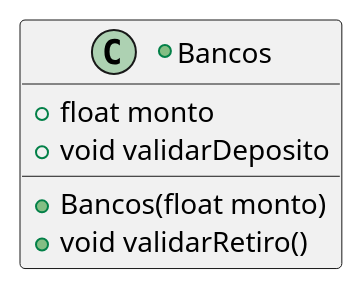
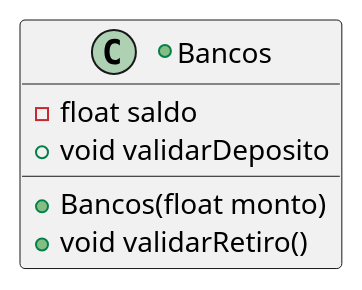
The diagram in ejercicio8/UMLej8.puml (santyxxx-xxx/deber5), drawn with PlantUML before and after one commit.

```diff
--- a/ejercicio8/UMLej8.puml
+++ b/ejercicio8/UMLej8.puml
@@ -1,11 +1,11 @@
 @startuml
 'https://plantuml.com/class-diagram
 
 +class Bancos{
-    +float monto
+    -float saldo
     +Bancos(float monto)
     +void validarDeposito
     +void validarRetiro()
 }
 
 @enduml
```
